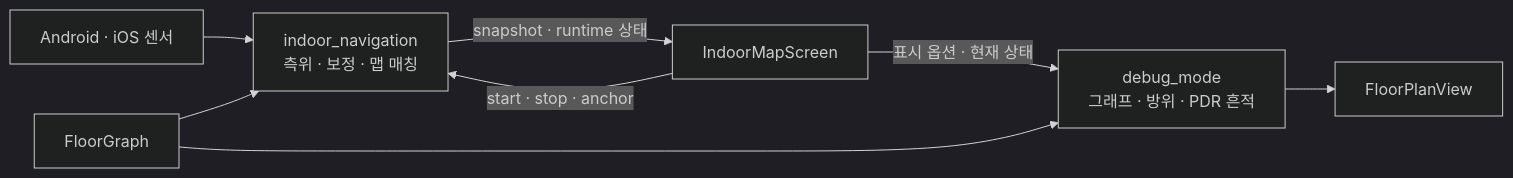
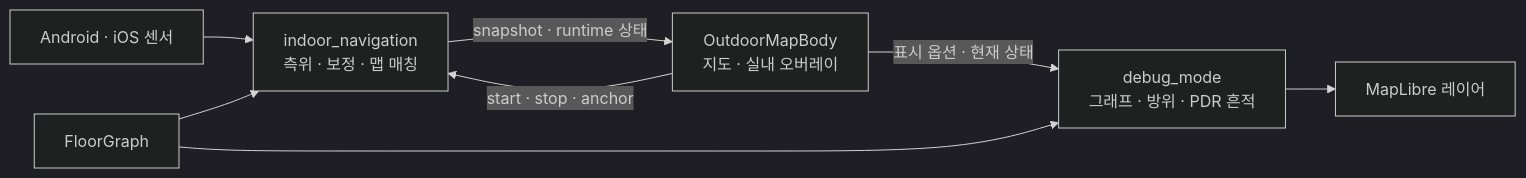
The diagram in client/lib/features/README.md (Routex-labs/Navigation), drawn with Mermaid (dark theme) before and after one commit. The commit also changed 32 other files, not shown here.

````diff
--- a/client/lib/features/README.md
+++ b/client/lib/features/README.md
@@ -15,18 +15,18 @@
 ```mermaid
 flowchart LR
     SENSOR["Android · iOS 센서"]
     PDR["indoor_navigation<br/>측위 · 보정 · 맵 매칭"]
-    SCREEN["IndoorMapScreen"]
+    SCREEN["OutdoorMapBody<br/>지도 · 실내 오버레이"]
     DEBUG["debug_mode<br/>그래프 · 방위 · PDR 흔적"]
-    VIEW["FloorPlanView"]
+    VIEW["MapLibre 레이어"]
     GRAPH["FloorGraph"]
 
     SENSOR --> PDR
     SCREEN -->|"start · stop · anchor"| PDR
     PDR -->|"snapshot · runtime 상태"| SCREEN
     GRAPH --> PDR
 
     SCREEN -->|"표시 옵션 · 현재 상태"| DEBUG
     GRAPH --> DEBUG
     DEBUG --> VIEW
 ```
````
